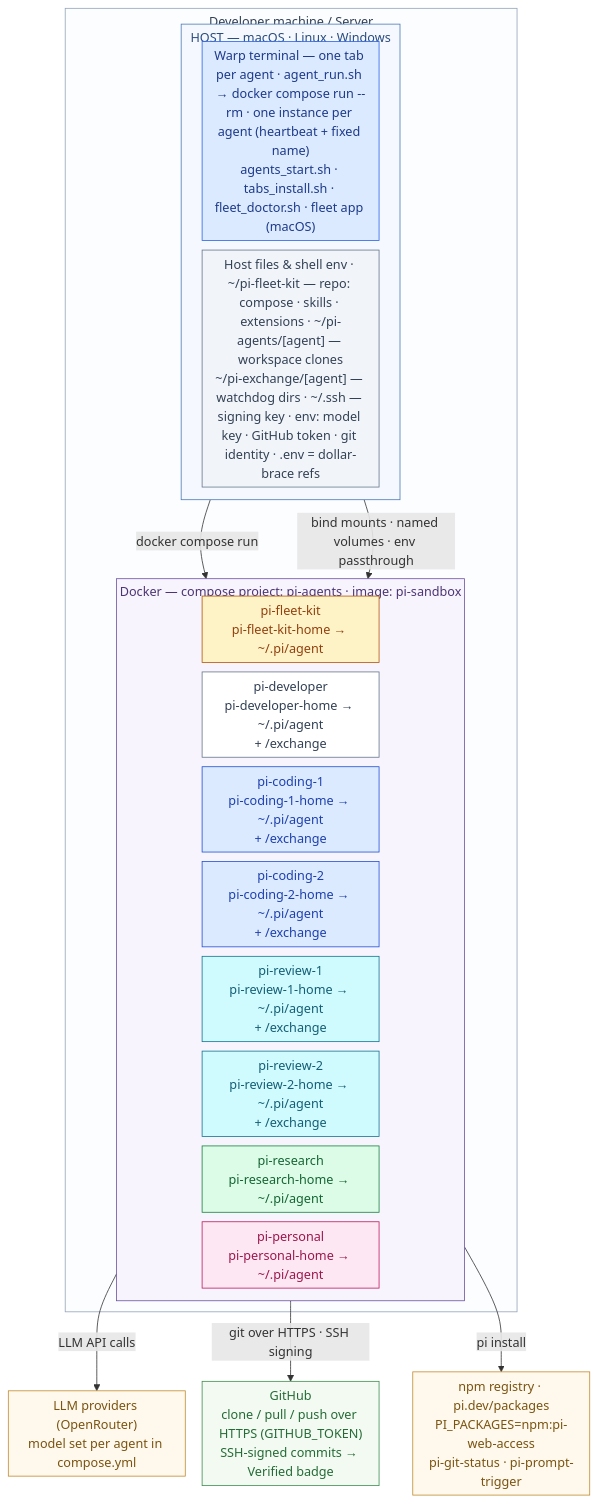
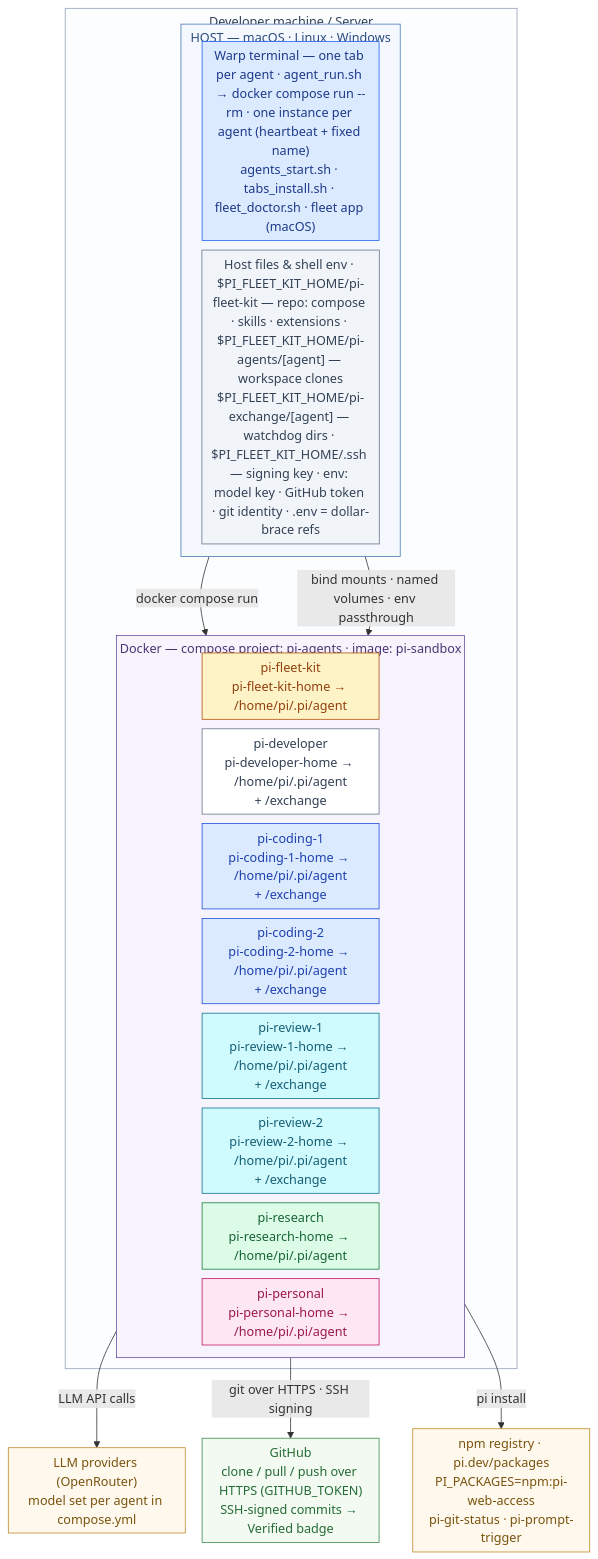
Before and after one commit to didier-durand/pi-fleet-kit: the diagram in README.md, drawn with Mermaid. The commit also changed other lines of this file and 23 other files, not shown here.

````diff
--- a/README.md
+++ b/README.md
@@ -17,57 +17,57 @@
 ```mermaid
 %%{init: {"flowchart": {"nodeSpacing": 12, "rankSpacing": 28, "padding": 6, "diagramPadding": 8, "subGraphTitleMargin": {"top": 4, "bottom": 2}}}}%%
 flowchart TB
   subgraph MACHINE["Developer machine / Server"]
     subgraph HOST["HOST — macOS · Linux · Windows"]
     direction LR
     WARP["Warp terminal — one tab per agent · agent_run.sh → docker compose run --rm · one instance per agent (heartbeat + fixed name)<br/>agents_start.sh · tabs_install.sh · fleet_doctor.sh · fleet app (macOS)"]
-    FILES["Host files & shell env · ~/pi-fleet-kit — repo: compose · skills · extensions · ~/pi-agents/[agent] — workspace clones<br/>~/pi-exchange/[agent] — watchdog dirs · ~/.ssh — signing key · env: model key · GitHub token · git identity · .env = dollar-brace refs"]
+    FILES["Host files & shell env · $PI_FLEET_KIT_HOME/pi-fleet-kit — repo: compose · skills · extensions · $PI_FLEET_KIT_HOME/pi-agents/[agent] — workspace clones<br/>$PI_FLEET_KIT_HOME/pi-exchange/[agent] — watchdog dirs · $PI_FLEET_KIT_HOME/.ssh — signing key · env: model key · GitHub token · git identity · .env = dollar-brace refs"]
   end
   subgraph DOCKER["Docker — compose project: pi-agents · image: pi-sandbox"]
     direction LR
-    FLEET["pi-fleet-kit<br/>pi-fleet-kit-home → ~/.pi/agent"]
-    DEV["pi-developer<br/>pi-developer-home → ~/.pi/agent<br/>+ /exchange"]
-    CODING["pi-coding-1<br/>pi-coding-1-home → ~/.pi/agent<br/>+ /exchange"]
-    CODING2["pi-coding-2<br/>pi-coding-2-home → ~/.pi/agent<br/>+ /exchange"]
-    REVIEW["pi-review-1<br/>pi-review-1-home → ~/.pi/agent<br/>+ /exchange"]
-    REVIEW2["pi-review-2<br/>pi-review-2-home → ~/.pi/agent<br/>+ /exchange"]
-    RESEARCH["pi-research<br/>pi-research-home → ~/.pi/agent"]
-    PERSONAL["pi-personal<br/>pi-personal-home → ~/.pi/agent"]
+    FLEET["pi-fleet-kit<br/>pi-fleet-kit-home → /home/pi/.pi/agent"]
+    DEV["pi-developer<br/>pi-developer-home → /home/pi/.pi/agent<br/>+ /exchange"]
+    CODING["pi-coding-1<br/>pi-coding-1-home → /home/pi/.pi/agent<br/>+ /exchange"]
+    CODING2["pi-coding-2<br/>pi-coding-2-home → /home/pi/.pi/agent<br/>+ /exchange"]
+    REVIEW["pi-review-1<br/>pi-review-1-home → /home/pi/.pi/agent<br/>+ /exchange"]
+    REVIEW2["pi-review-2<br/>pi-review-2-home → /home/pi/.pi/agent<br/>+ /exchange"]
+    RESEARCH["pi-research<br/>pi-research-home → /home/pi/.pi/agent"]
+    PERSONAL["pi-personal<br/>pi-personal-home → /home/pi/.pi/agent"]
   end
   end
   LLM["LLM providers (OpenRouter)<br/>model set per agent in compose.yml"]
   GH["GitHub<br/>clone / pull / push over HTTPS (GITHUB_TOKEN)<br/>SSH-signed commits → Verified badge"]
   NPM["npm registry · pi.dev/packages<br/>PI_PACKAGES=npm:pi-web-access<br/>pi-git-status · pi-prompt-trigger"]
   HOST -->|"docker compose run"| DOCKER
   HOST -->|"bind mounts · named volumes · env passthrough"| DOCKER
   DOCKER -->|"LLM API calls"| LLM
   DOCKER -->|"git over HTTPS · SSH signing"| GH
   DOCKER -->|"pi install"| NPM
   classDef warp fill:#DBEAFE,stroke:#2563EB,color:#1E3A8A
   classDef files fill:#F1F5F9,stroke:#64748B,color:#334155
   classDef yellow fill:#FEF3C7,stroke:#B45309,color:#92400E
   classDef blue fill:#DBEAFE,stroke:#1D4ED8,color:#1E40AF
   classDef cyan fill:#CFFAFE,stroke:#0E7490,color:#155E75
   classDef green fill:#DCFCE7,stroke:#15803D,color:#166534
   classDef magenta fill:#FCE7F3,stroke:#BE185D,color:#9D174D
   classDef white fill:#FFFFFF,stroke:#64748B,color:#334155
   classDef llm fill:#FFF8EC,stroke:#C08A2D,color:#7A5410
   classDef gh fill:#F2FAF2,stroke:#3C8C4E,color:#256B36
   classDef npm fill:#FFF8EC,stroke:#C08A2D,color:#7A5410
   class WARP warp
   class FILES files
   class FLEET yellow
   class DEV white
   class CODING blue
   class CODING2 blue
   class REVIEW cyan
   class REVIEW2 cyan
   class RESEARCH green
   class PERSONAL magenta
   class LLM llm
   class GH gh
   class NPM npm
   style HOST fill:#F5F9FF,stroke:#4A78B5,color:#2B4C7E
   style DOCKER fill:#F7F4FD,stroke:#6A4FA3,color:#4C3575
   style MACHINE fill:#FBFDFF,stroke:#94A3B8,color:#334155
 ```
````
